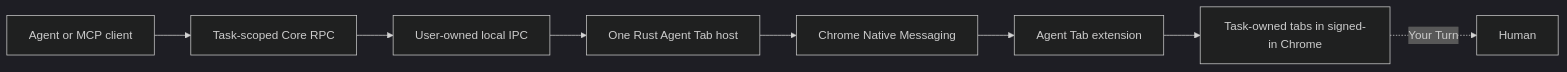
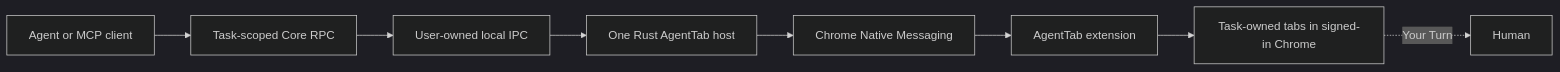
Before and after one commit to wolfiesch/agenttab: the diagram in README.md, drawn with Mermaid (dark theme). The commit also changed other lines of this file and 8 other files, not shown here.

````diff
--- a/README.md
+++ b/README.md
@@ -74,10 +74,10 @@
 ```mermaid
 flowchart LR
     A[Agent or MCP client] --> B[Task-scoped Core RPC]
     B --> C[User-owned local IPC]
-    C --> D[One Rust Agent Tab host]
+    C --> D[One Rust AgentTab host]
     D --> E[Chrome Native Messaging]
-    E --> F[Agent Tab extension]
+    E --> F[AgentTab extension]
     F --> G[Task-owned tabs in signed-in Chrome]
     G -. Your Turn .-> H[Human]
 ```
````
